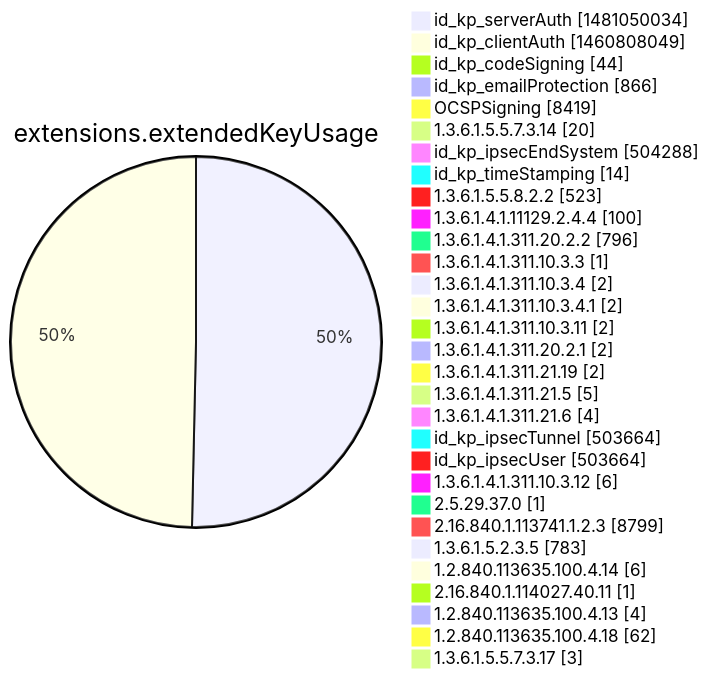
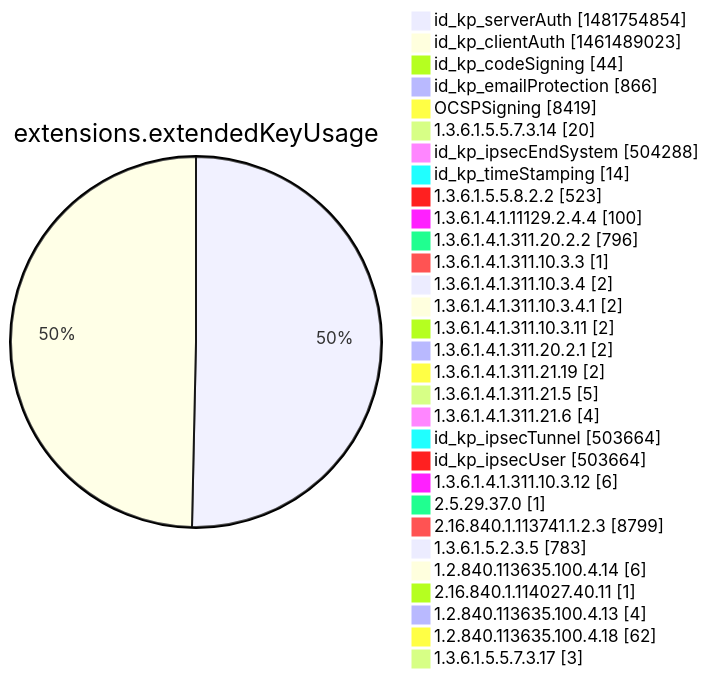
One commit to christiankrug/ctmonitor_visualization changed diagram 12 of 15 in argon2022/README.md. Above: the diagram before and after it, drawn with Mermaid. The commit also changed other lines of this file, not shown here.

````diff
--- a/argon2022/README.md
+++ b/argon2022/README.md
@@ -3555,34 +3555,34 @@
 ```mermaid
 pie showData
 title extensions.extendedKeyUsage
-"id_kp_serverAuth" :1481050034
-"id_kp_clientAuth" :1460808049
+"id_kp_serverAuth" :1481754854
+"id_kp_clientAuth" :1461489023
 "id_kp_codeSigning" :44
 "id_kp_emailProtection" :866
 "OCSPSigning" :8419
 "1.3.6.1.5.5.7.3.14" :20
 "id_kp_ipsecEndSystem" :504288
 "id_kp_timeStamping" :14
 "1.3.6.1.5.5.8.2.2" :523
 "1.3.6.1.4.1.11129.2.4.4" :100
 "1.3.6.1.4.1.311.20.2.2" :796
 "1.3.6.1.4.1.311.10.3.3" :1
 "1.3.6.1.4.1.311.10.3.4" :2
 "1.3.6.1.4.1.311.10.3.4.1" :2
 "1.3.6.1.4.1.311.10.3.11" :2
 "1.3.6.1.4.1.311.20.2.1" :2
 "1.3.6.1.4.1.311.21.19" :2
 "1.3.6.1.4.1.311.21.5" :5
 "1.3.6.1.4.1.311.21.6" :4
 "id_kp_ipsecTunnel" :503664
 "id_kp_ipsecUser" :503664
 "1.3.6.1.4.1.311.10.3.12" :6
 "2.5.29.37.0" :1
 "2.16.840.1.113741.1.2.3" :8799
 "1.3.6.1.5.2.3.5" :783
 "1.2.840.113635.100.4.14" :6
 "2.16.840.1.114027.40.11" :1
 "1.2.840.113635.100.4.13" :4
 "1.2.840.113635.100.4.18" :62
 "1.3.6.1.5.5.7.3.17" :3
 ```
````
